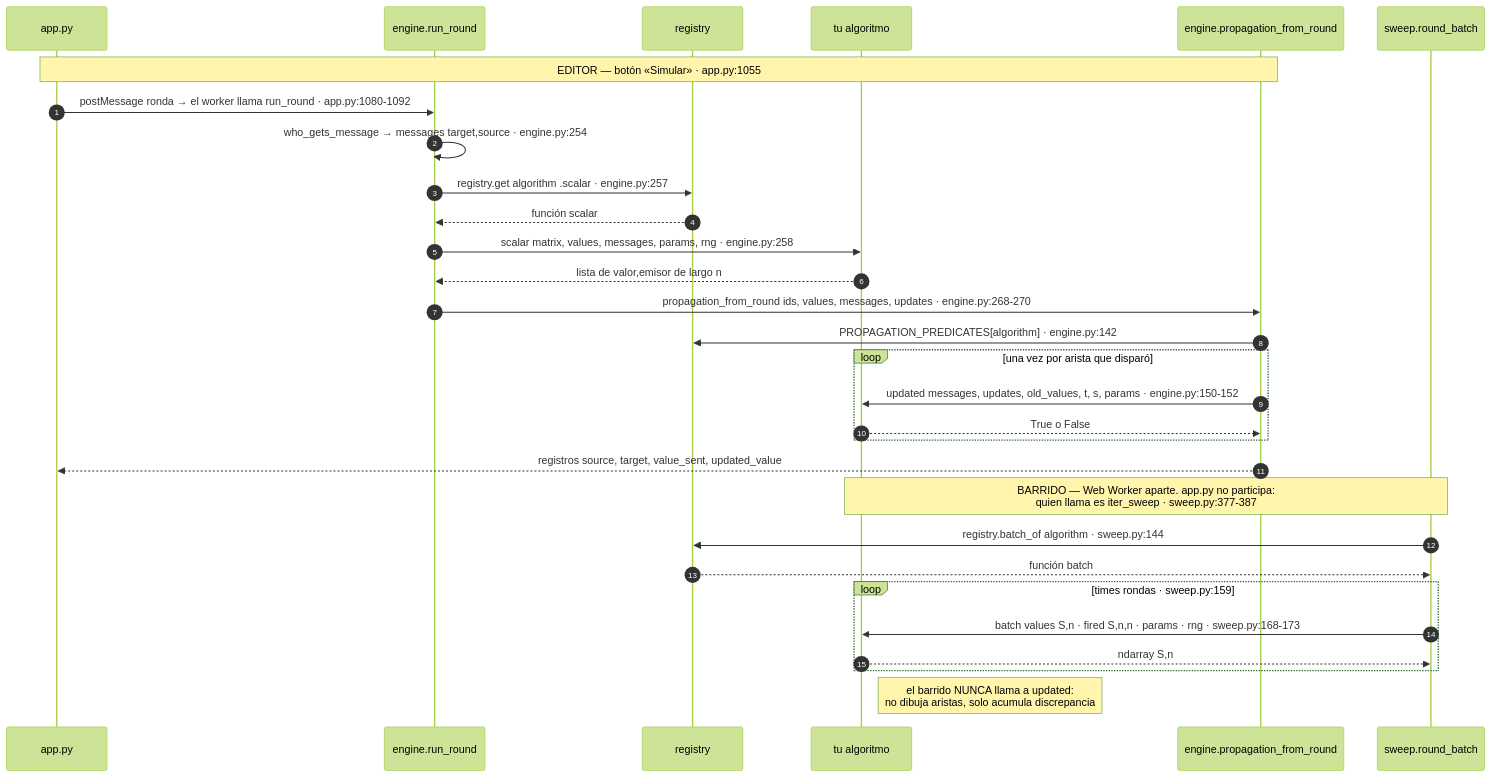
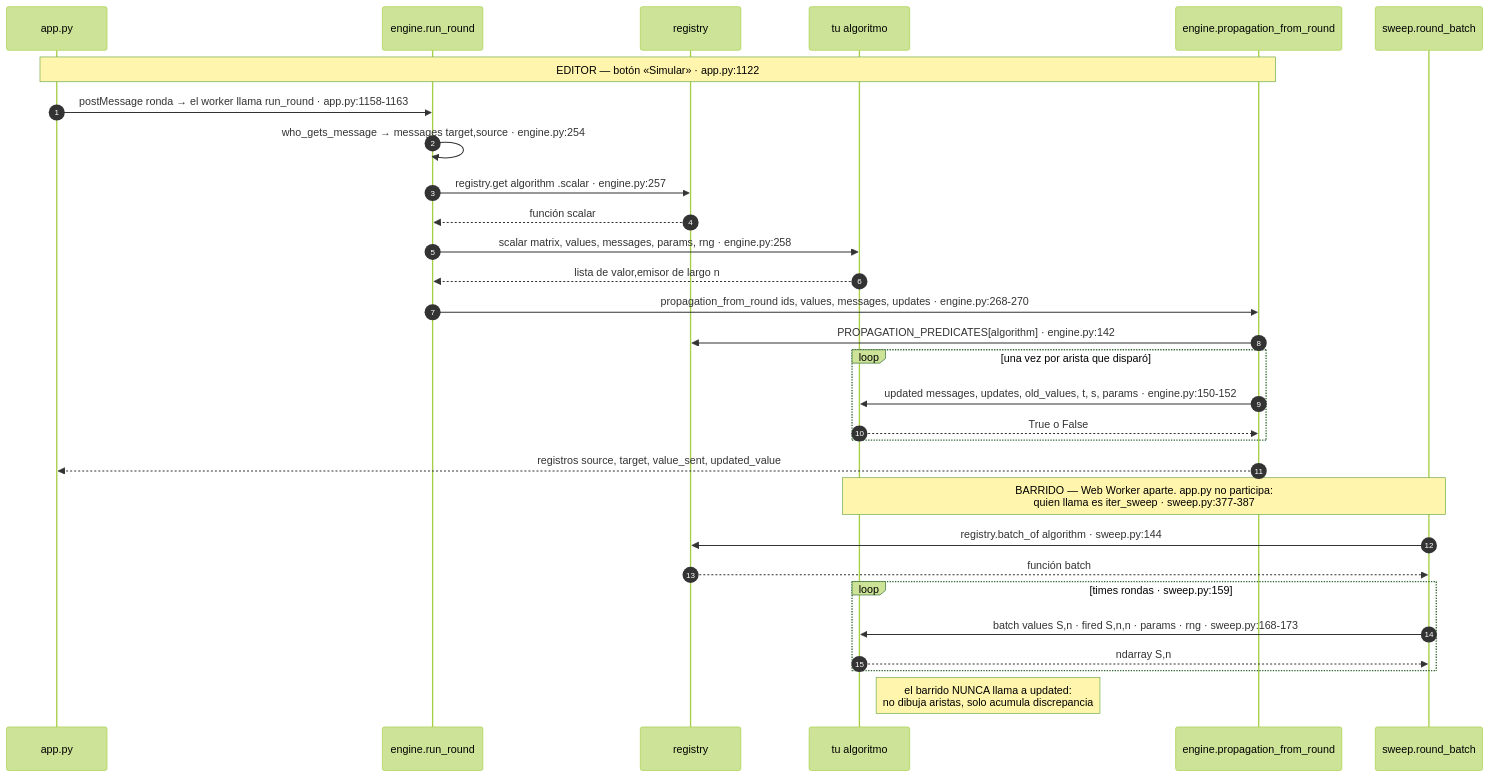
Before and after one commit to Rou-uu/consenso-simulador: the third of 8 diagrams in docs/06-registro-algoritmos.md, drawn with Mermaid (forest theme). The commit also changed other lines of this file and 19 other files, not shown here.

````diff
--- a/docs/06-registro-algoritmos.md
+++ b/docs/06-registro-algoritmos.md
@@ -344,34 +347,34 @@
 ```mermaid
 sequenceDiagram
     autonumber
     participant UI as app.py
     participant ENG as engine.run_round
     participant REG as registry
     participant ALG as tu algoritmo
     participant PROP as engine.propagation_from_round
     participant SWP as sweep.round_batch
 
-    Note over UI,PROP: EDITOR — botón «Simular» · app.py:1055
-    UI->>ENG: postMessage ronda → el worker llama run_round · app.py:1080-1092
+    Note over UI,PROP: EDITOR — botón «Simular» · app.py:1122
+    UI->>ENG: postMessage ronda → el worker llama run_round · app.py:1158-1163
     ENG->>ENG: who_gets_message → messages target,source · engine.py:254
     ENG->>REG: registry.get algorithm .scalar · engine.py:257
     REG-->>ENG: función scalar
     ENG->>ALG: scalar matrix, values, messages, params, rng · engine.py:258
     ALG-->>ENG: lista de valor,emisor de largo n
     ENG->>PROP: propagation_from_round ids, values, messages, updates · engine.py:268-270
     PROP->>REG: PROPAGATION_PREDICATES[algorithm] · engine.py:142
     loop una vez por arista que disparó
         PROP->>ALG: updated messages, updates, old_values, t, s, params · engine.py:150-152
         ALG-->>PROP: True o False
     end
     PROP-->>UI: registros source, target, value_sent, updated_value
 
     Note over SWP,ALG: BARRIDO — Web Worker aparte. app.py no participa:<br/>quien llama es iter_sweep · sweep.py:377-387
     SWP->>REG: registry.batch_of algorithm · sweep.py:144
     REG-->>SWP: función batch
     loop times rondas · sweep.py:159
         SWP->>ALG: batch values S,n · fired S,n,n · params · rng · sweep.py:168-173
         ALG-->>SWP: ndarray S,n
     end
     Note right of ALG: el barrido NUNCA llama a updated:<br/>no dibuja aristas, solo acumula discrepancia
 ```
````
